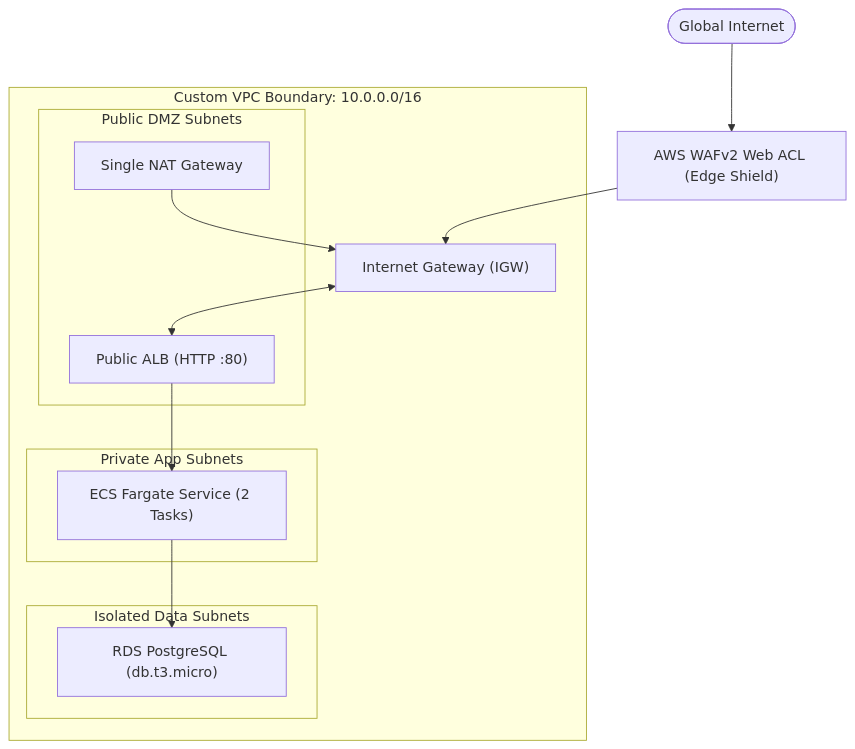
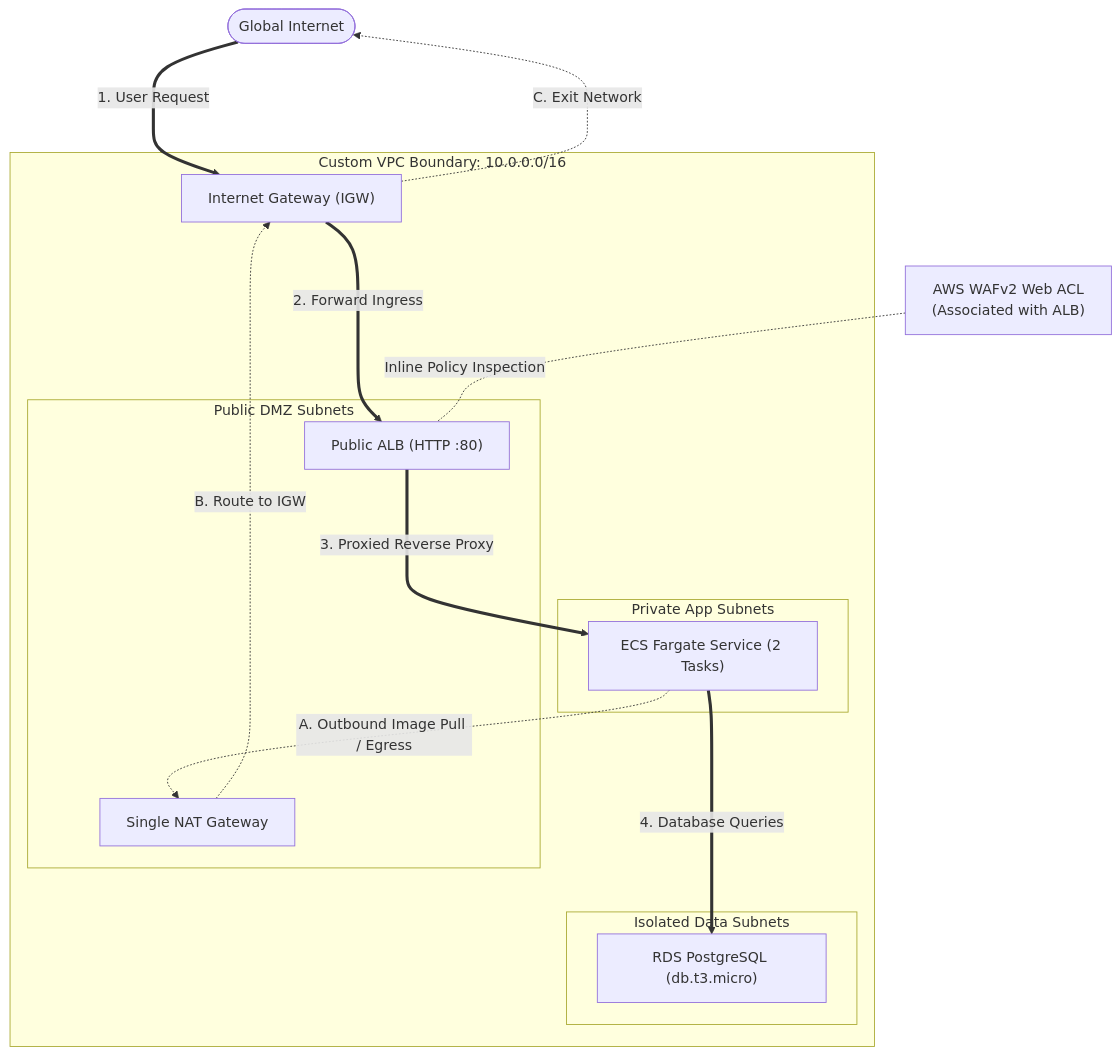
One commit to charishmanm24/AWS-Project changed the diagram in README.md. Above: the diagram before and after it, drawn with Mermaid. The commit also changed other lines of this file, not shown here.

Commit message:
Enhance README with architecture details and instructions
Updated architecture diagram and clarified AWS resource configurations in the README.

````diff
--- a/README.md
+++ b/README.md
@@ -19,23 +20,36 @@
 ```mermaid
 flowchart TD
-    Internet([Global Internet]) --> WAF["AWS WAFv2 Web ACL (Edge Shield)"]
-    WAF --> IGW["Internet Gateway (IGW)"]
-    
+    %% External Entities and Regional Protection Layers
+    Internet([Global Internet])
+    WAF["AWS WAFv2 Web ACL\n(Associated with ALB)"]
+
+    %% Custom Virtual Private Cloud Boundary
     subgraph VPC [Custom VPC Boundary: 10.0.0.0/16]
-        IGW <--> ALB
-        NAT --> IGW
+        IGW["Internet Gateway (IGW)"]
         
         subgraph DMZ [Public DMZ Subnets]
             ALB["Public ALB (HTTP :80)"]
             NAT["Single NAT Gateway"]
         end
 
         subgraph Private [Private App Subnets]
-            ALB --> ECS["ECS Fargate Service (2 Tasks)"]
+            ECS["ECS Fargate Service (2 Tasks)"]
         end
 
         subgraph Data [Isolated Data Subnets]
-            ECS --> DB["RDS PostgreSQL (db.t3.micro)"]
+            DB["RDS PostgreSQL (db.t3.micro)"]
         end
     end
+
+    %% Inbound Traffic Flow (Stateful Ingress Paths)
+    Internet ===>|1. User Request| IGW
+    IGW ===>|2. Forward Ingress| ALB
+    WAF -.-|Inline Policy Inspection| ALB
+    ALB ===>|3. Proxied Reverse Proxy| ECS
+    ECS ===>|4. Database Queries| DB
+
+    %% Outbound Traffic Flow (Stateful Egress Paths)
+    ECS -.->|A. Outbound Image Pull / Egress| NAT
+    NAT -.->|B. Route to IGW| IGW
+    IGW -.->|C. Exit Network| Internet
 ```
````
